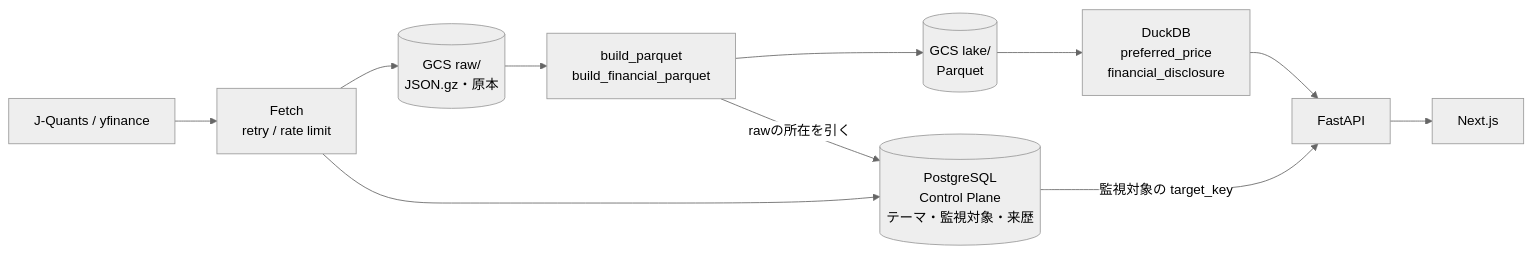
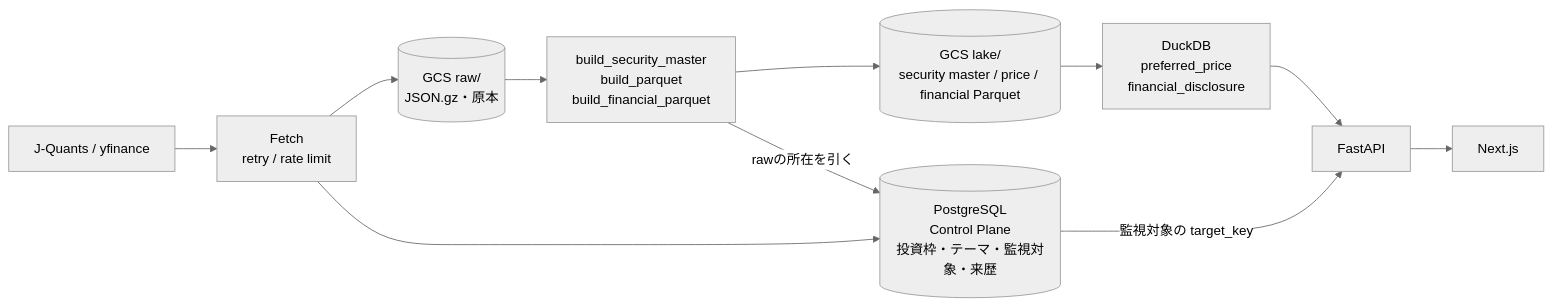
Before and after one commit to 3110mmn/invest-monitoring-platform: the first of 3 diagrams in docs/architecture.md, drawn with Mermaid (neutral theme). The commit also changed other lines of this file and 105 other files, not shown here.

````diff
--- a/docs/architecture.md
+++ b/docs/architecture.md
@@ -15,18 +20,18 @@
 ```mermaid
 flowchart LR
     Sources["J-Quants / yfinance"]
     Fetch["Fetch<br/>retry / rate limit"]
     Raw[("GCS raw/<br/>JSON.gz・原本")]
-    Build["build_parquet<br/>build_financial_parquet"]
-    Lake[("GCS lake/<br/>Parquet")]
-    Run[("PostgreSQL<br/>Control Plane<br/>テーマ・監視対象・来歴")]
+    Build["build_security_master<br/>build_parquet<br/>build_financial_parquet"]
+    Lake[("GCS lake/<br/>security master / price / financial Parquet")]
+    Run[("PostgreSQL<br/>Control Plane<br/>投資枠・テーマ・監視対象・来歴")]
     Duck["DuckDB<br/>preferred_price<br/>financial_disclosure"]
     API["FastAPI"]
     Web["Next.js"]
 
     Sources --> Fetch --> Raw --> Build --> Lake --> Duck --> API
     Fetch --> Run
     Build -->|"rawの所在を引く"| Run
     Run -->|"監視対象の target_key"| API
     API --> Web
 ```
````
